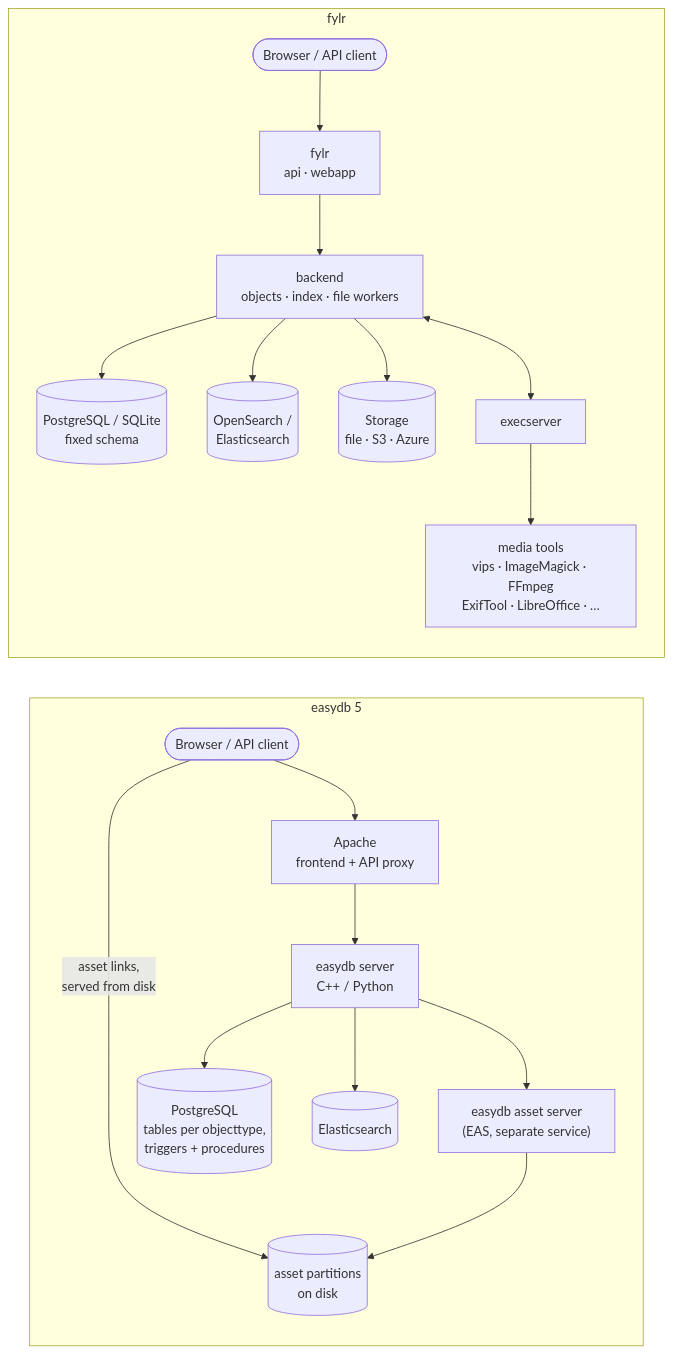
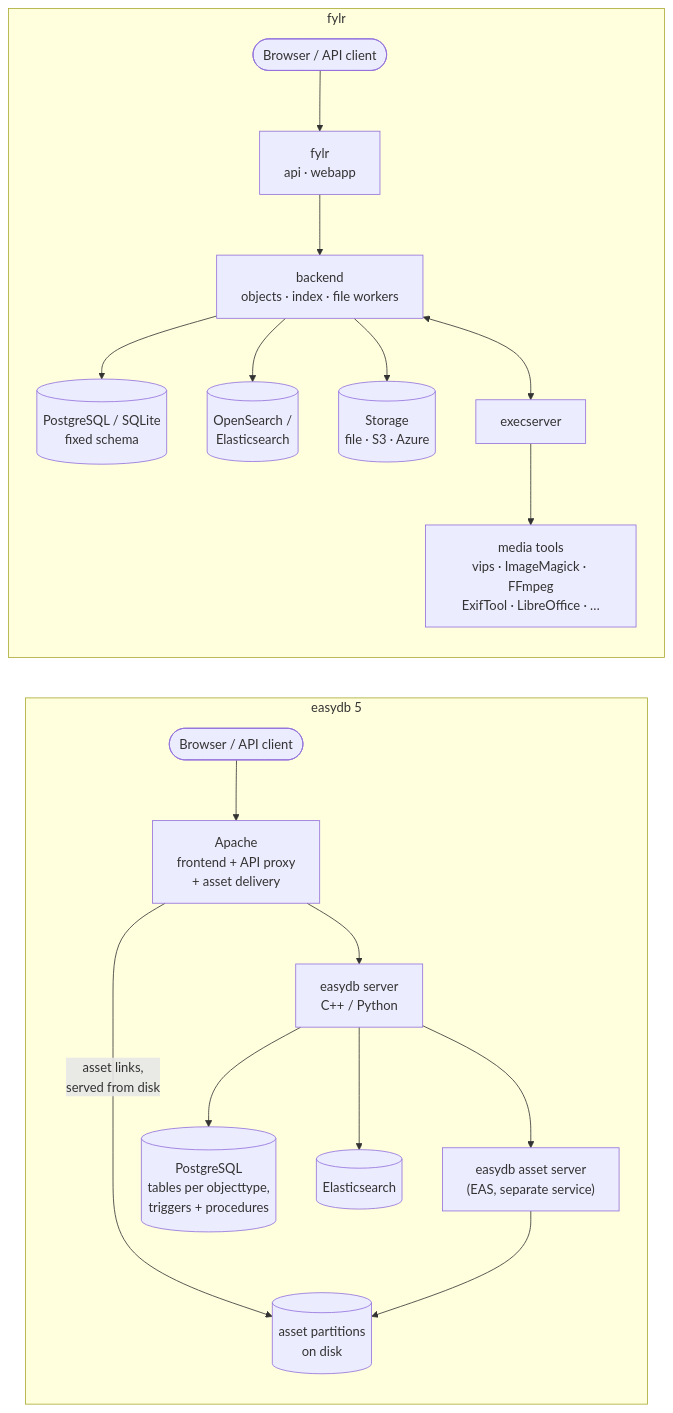
Before and after one commit to programmfabrik/fylr-gitbook: the first of 3 diagrams in for-developers/changes-easydb5-fylr.md, drawn with Mermaid.

Commit message:
docs: easydb5 diagram — asset links are delivered by Apache, not straight from disk
see #80585

````diff
--- a/for-developers/changes-easydb5-fylr.md
+++ b/for-developers/changes-easydb5-fylr.md
@@ -23,23 +23,23 @@
 ```mermaid
 flowchart LR
     subgraph ez5 ["easydb 5"]
         direction TB
-        C5(["Browser / API client"]) --> AP["Apache<br/>frontend + API proxy"]
-        C5 -->|"asset links,<br/>served from disk"| DSK[("asset partitions<br/>on disk")]
+        C5(["Browser / API client"]) --> AP["Apache<br/>frontend + API proxy<br/>+ asset delivery"]
+        AP -->|"asset links,<br/>served from disk"| DSK[("asset partitions<br/>on disk")]
         AP --> SRV["easydb server<br/>C++ / Python"]
         SRV --> EAS["easydb asset server<br/>(EAS, separate service)"]
         EAS --> DSK
         SRV --> PG5[("PostgreSQL<br/>tables per objecttype,<br/>triggers + procedures")]
         SRV --> ES5[("Elasticsearch")]
     end
     subgraph fy ["fylr"]
         direction TB
         C6(["Browser / API client"]) --> API6["fylr<br/>api · webapp"]
         API6 --> BE6["backend<br/>objects · index · file workers"]
         BE6 --> PG6[("PostgreSQL / SQLite<br/>fixed schema")]
         BE6 --> OS6[("OpenSearch /<br/>Elasticsearch")]
         BE6 --> ST6[("Storage<br/>file · S3 · Azure")]
         BE6 <--> EX6["execserver"]
         EX6 --> T6["media tools<br/>vips · ImageMagick · FFmpeg<br/>ExifTool · LibreOffice · …"]
     end
 ```
````
